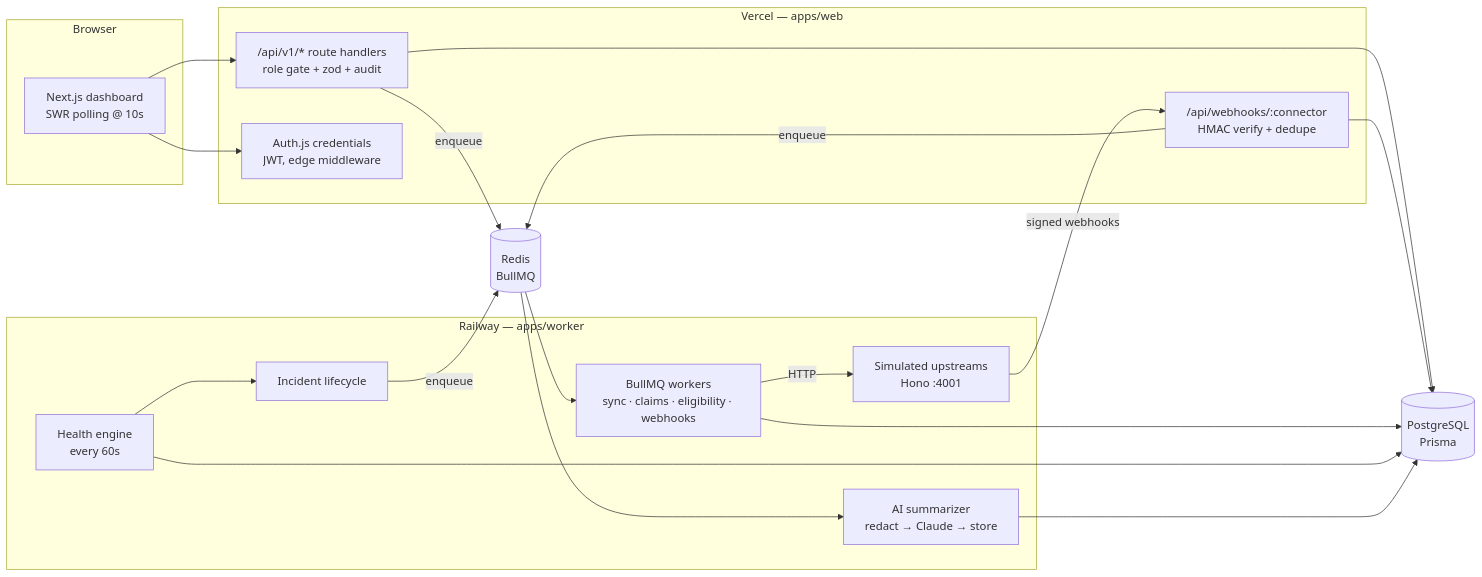
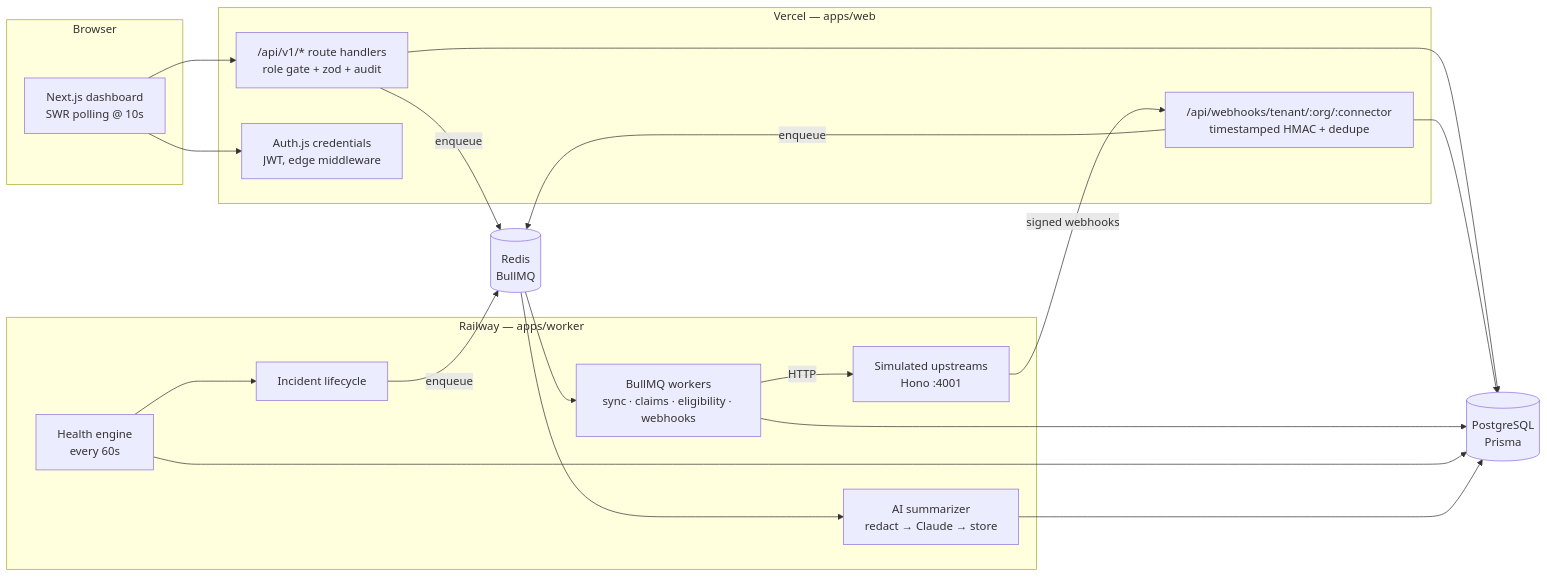
One commit to BMcCarthy96/pulse changed the first of 3 diagrams in README.md. Above: the diagram before and after it, drawn with Mermaid. The commit also changed other lines of this file and 77 other files, not shown here.

````diff
--- a/README.md
+++ b/README.md
@@ -109,40 +136,40 @@
 ```mermaid
 flowchart LR
   subgraph browser[Browser]
     UI[Next.js dashboard<br/>SWR polling @ 10s]
   end
 
   subgraph vercel[Vercel — apps/web]
     API["/api/v1/* route handlers<br/>role gate + zod + audit"]
-    WH["/api/webhooks/:connector<br/>HMAC verify + dedupe"]
+    WH["/api/webhooks/tenant/:org/:connector<br/>timestamped HMAC + dedupe"]
     AUTH[Auth.js credentials<br/>JWT, edge middleware]
   end
 
   subgraph railway[Railway — apps/worker]
     QW[BullMQ workers<br/>sync · claims · eligibility · webhooks]
     HE[Health engine<br/>every 60s]
     IL[Incident lifecycle]
     AI[AI summarizer<br/>redact → Claude → store]
     SIM[Simulated upstreams<br/>Hono :4001]
   end
 
   PG[(PostgreSQL<br/>Prisma)]
   RD[(Redis<br/>BullMQ)]
 
   UI --> API
   UI --> AUTH
   API --> PG
   API -- enqueue --> RD
   WH --> PG
   WH -- enqueue --> RD
 
   RD --> QW
   QW --> PG
   QW -- HTTP --> SIM
   SIM -- signed webhooks --> WH
   HE --> PG
   HE --> IL
   IL -- enqueue --> RD
   RD --> AI
   AI --> PG
 ```
````
